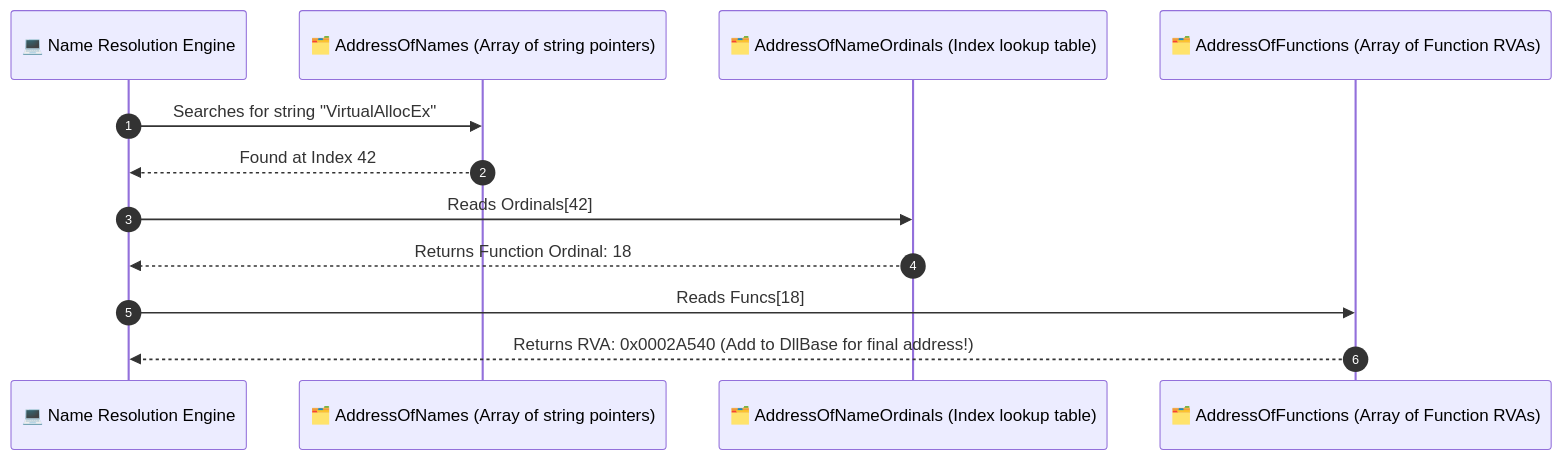
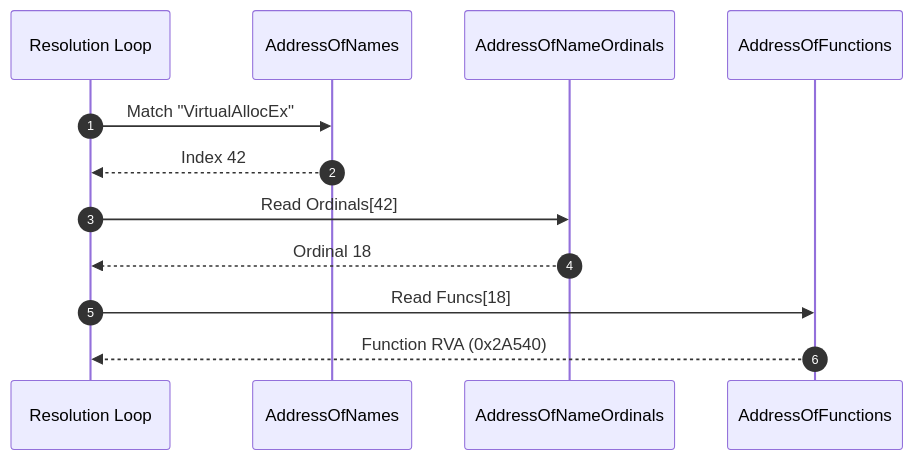
The second of 2 diagrams in topics/16-pe-coff-binary-format-and-dynamic-linking/README.md (DaddyZyn/Cyber-security-notes), drawn with Mermaid before and after one commit. The commit also changed other lines of this file and 19 other files, not shown here.

Commit message:
fix: overhaul all Mermaid diagrams with clean vertical layouts and short line-wrapping to prevent GitHub clipping

````diff
--- a/topics/16-pe-coff-binary-format-and-dynamic-linking/README.md
+++ b/topics/16-pe-coff-binary-format-and-dynamic-linking/README.md
@@ -127,15 +127,15 @@
 ```mermaid
 sequenceDiagram
     autonumber
-    participant App as 💻 Name Resolution Engine
-    participant Names as 🗂️ AddressOfNames (Array of string pointers)
-    participant Ordinals as 🗂️ AddressOfNameOrdinals (Index lookup table)
-    participant Funcs as 🗂️ AddressOfFunctions (Array of Function RVAs)
+    participant App as Resolution Loop
+    participant Names as AddressOfNames
+    participant Ordinals as AddressOfNameOrdinals
+    participant Funcs as AddressOfFunctions
 
-    App->>Names: Searches for string "VirtualAllocEx"
-    Names-->>App: Found at Index 42
-    App->>Ordinals: Reads Ordinals[42]
-    Ordinals-->>App: Returns Function Ordinal: 18
-    App->>Funcs: Reads Funcs[18]
-    Funcs-->>App: Returns RVA: 0x0002A540 (Add to DllBase for final address!)
+    App->>Names: Match "VirtualAllocEx"
+    Names-->>App: Index 42
+    App->>Ordinals: Read Ordinals[42]
+    Ordinals-->>App: Ordinal 18
+    App->>Funcs: Read Funcs[18]
+    Funcs-->>App: Function RVA (0x2A540)
 ```
````
